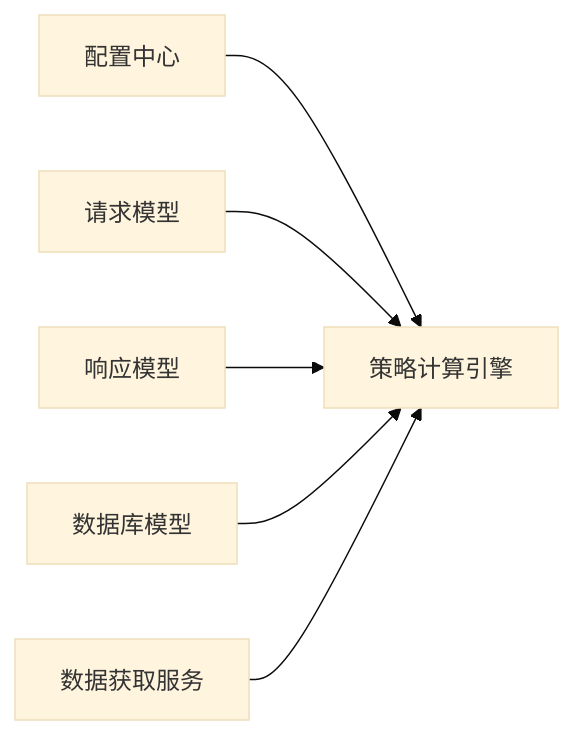
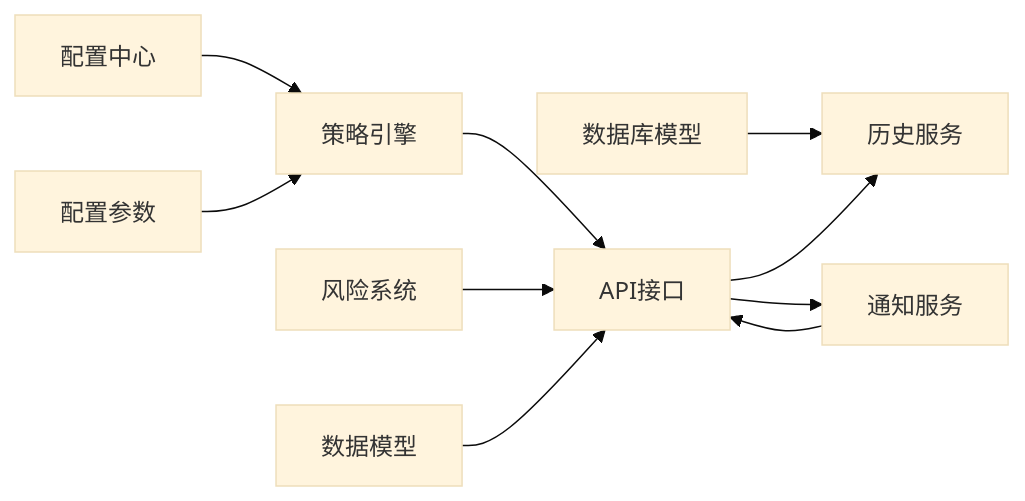
One commit to raymodny-ai/The-Modern-Turtle-Protocol changed the seventh of 7 diagrams in .qoder/repowiki/zh/content/核心功能模块/策略计算模块.md. Above: the diagram before and after it, drawn with Mermaid (base theme). The commit also changed other lines of this file and 15 other files, not shown here.

````diff
--- a/.qoder/repowiki/zh/content/核心功能模块/策略计算模块.md
+++ b/.qoder/repowiki/zh/content/核心功能模块/策略计算模块.md
@@ -325,8 +347,12 @@
 ```mermaid
 graph LR
-CFG["配置中心"] --> ENGINE["策略计算引擎"]
-SCHEMA_REQ["请求模型"] --> ENGINE
-SCHEMA_RES["响应模型"] --> ENGINE
-MODELS["数据库模型"] --> ENGINE
-FETCH["数据获取服务"] --> ENGINE
+CFG["配置中心"] --> STRATEGY["策略引擎"]
+CONFIG["配置参数"] --> STRATEGY
+STRATEGY --> API["API接口"]
+RISK["风险系统"] --> API
+SCHEMA["数据模型"] --> API
+MODELS["数据库模型"] --> HISTORY["历史服务"]
+NOTIFY["通知服务"] --> API
+API --> HISTORY
+API --> NOTIFY
 ```
````
